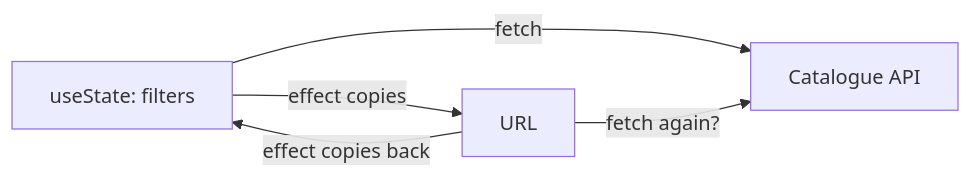
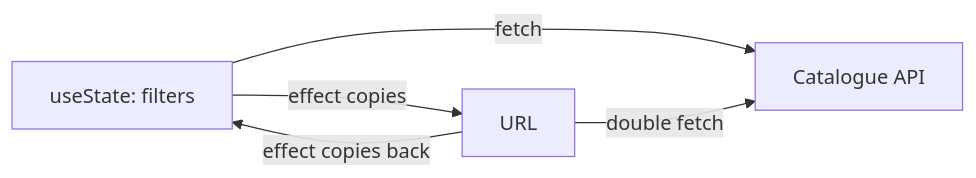
One commit to christiansany/cas-fee-26-frontend-challenges changed the first of 6 diagrams in topics/lists-and-pagination/README.md. Above: the diagram before and after it, drawn with Mermaid. The commit also changed other lines of this file and 3 other files, not shown here.

````diff
--- a/topics/lists-and-pagination/README.md
+++ b/topics/lists-and-pagination/README.md
@@ -54,7 +54,7 @@
 ```mermaid
 flowchart LR
   State["useState: filters"] -- "effect copies" --> URL["URL"]
   URL -- "effect copies back" --> State
   State -- "fetch" --> API["Catalogue API"]
-  URL -- "fetch again?" --> API
+  URL -- "double fetch" --> API
 ```
````
